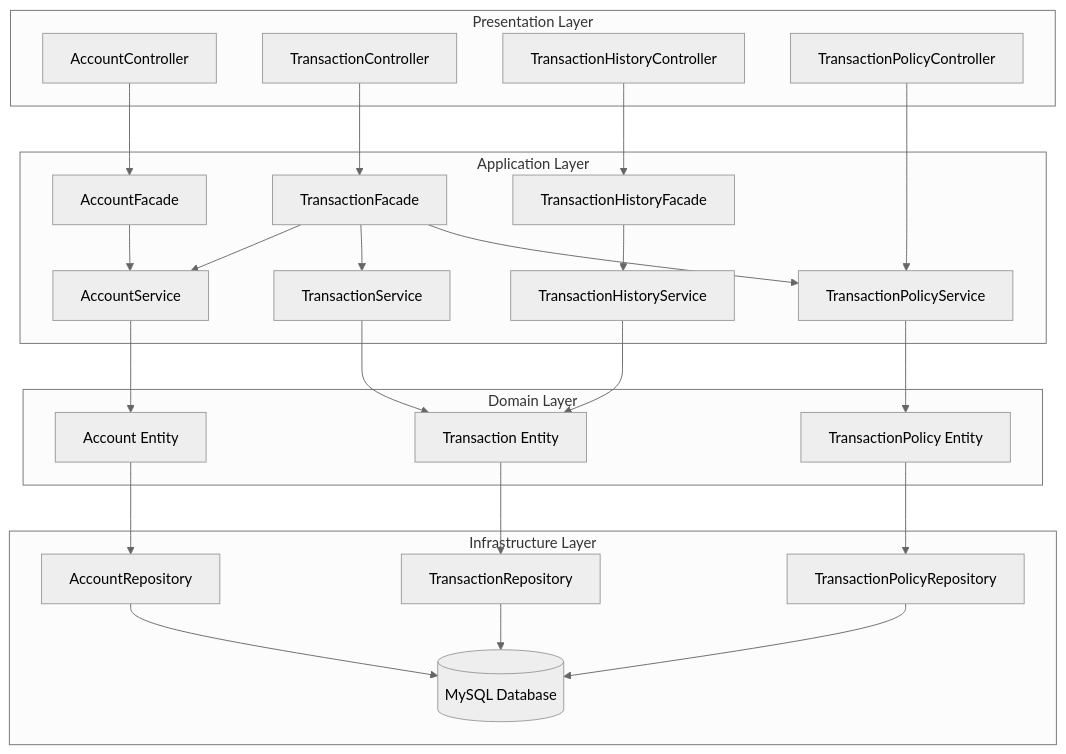
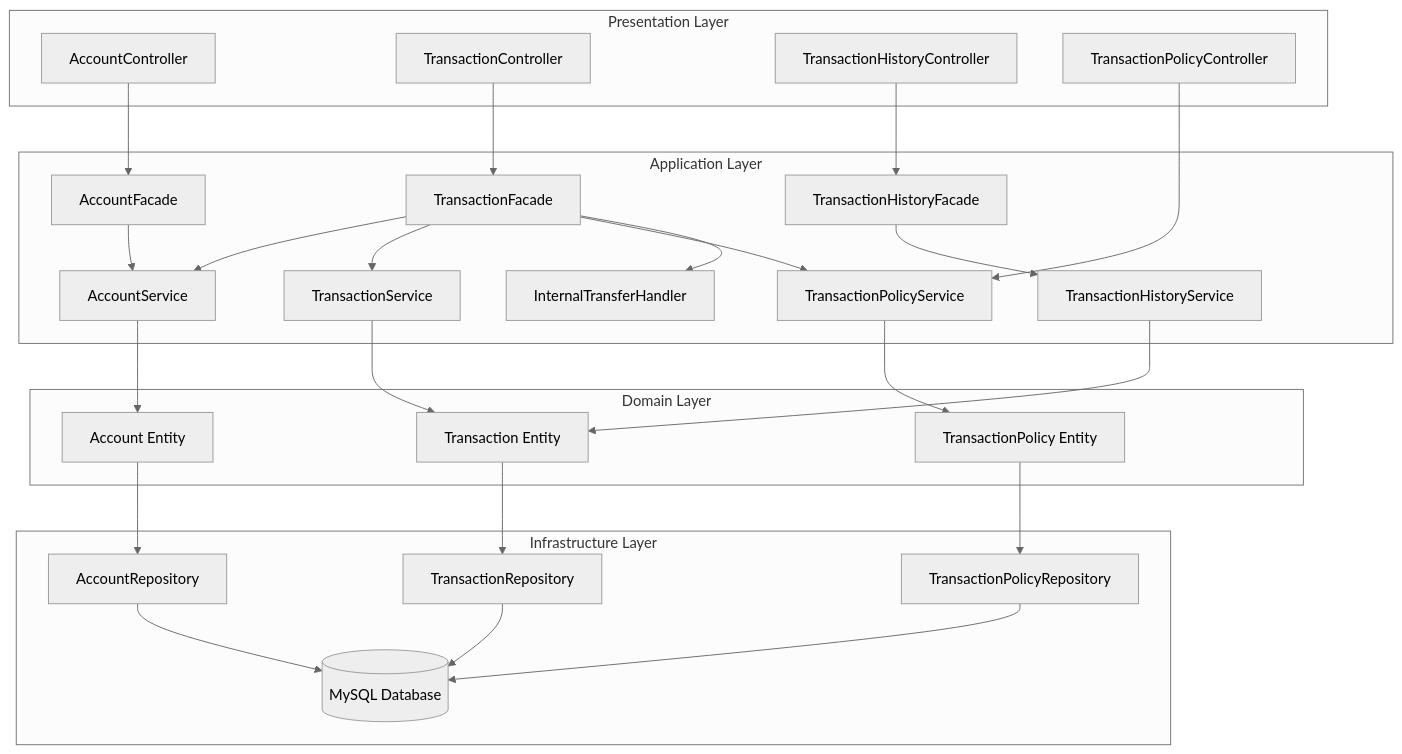
The first of 3 diagrams in docs/flow.md (HuijinKang/kanghuijin_backend), drawn with Mermaid (neutral theme) before and after one commit. The commit also changed other lines of this file and 3 other files, not shown here.

````diff
--- a/docs/flow.md
+++ b/docs/flow.md
@@ -5,57 +13,59 @@
 ```mermaid
 graph TB
     subgraph presentation [Presentation Layer]
         AC[AccountController]
         TC[TransactionController]
         THC[TransactionHistoryController]
         TPC[TransactionPolicyController]
     end
     
     subgraph application [Application Layer]
         AF[AccountFacade]
         TF[TransactionFacade]
         THF[TransactionHistoryFacade]
         
         AS[AccountService]
         TS[TransactionService]
         THS[TransactionHistoryService]
         TPS[TransactionPolicyService]
+        ITH[InternalTransferHandler]
     end
     
     subgraph domain [Domain Layer]
         Account[Account Entity]
         Transaction[Transaction Entity]
         Policy[TransactionPolicy Entity]
     end
     
     subgraph infrastructure [Infrastructure Layer]
         AR[AccountRepository]
         TR[TransactionRepository]
         TPR[TransactionPolicyRepository]
         DB[(MySQL Database)]
     end
     
     AC --> AF
     TC --> TF
     THC --> THF
     TPC --> TPS
     
     AF --> AS
     TF --> AS
     TF --> TS
     TF --> TPS
+    TF --> ITH
     THF --> THS
     
     AS --> Account
     TS --> Transaction
     TPS --> Policy
     THS --> Transaction
     
     Account --> AR
     Transaction --> TR
     Policy --> TPR
     
     AR --> DB
     TR --> DB
     TPR --> DB
 ```
````
